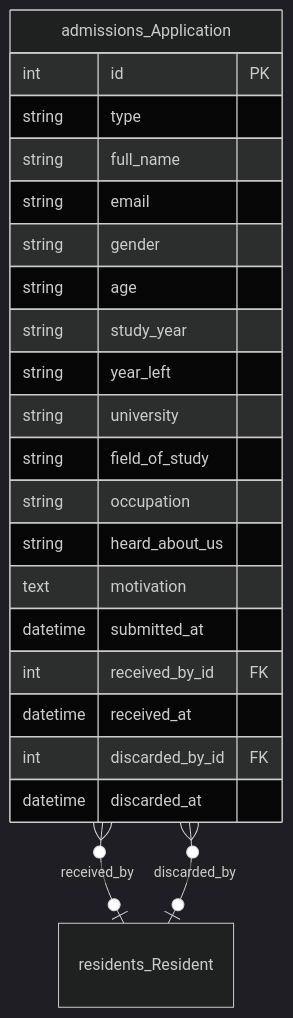
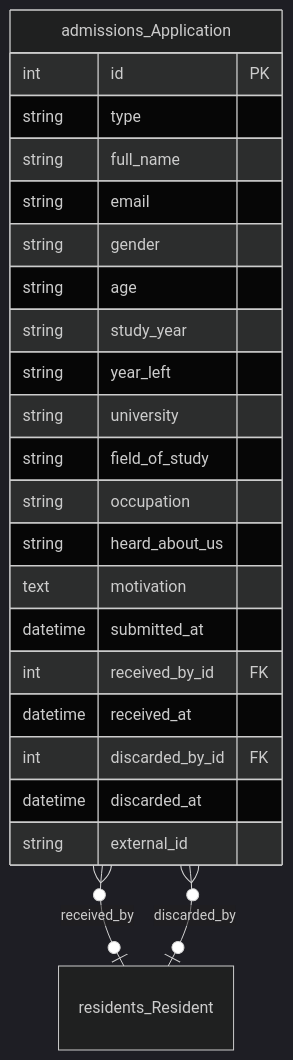
Before and after one commit to GAHK-org/gahk_intern: the second of 18 diagrams in docs/erd.md, drawn with Mermaid (dark theme). The commit also changed other lines of this file and 56 other files, not shown here.

````diff
--- a/docs/erd.md
+++ b/docs/erd.md
@@ -1043,28 +1107,29 @@
 ```mermaid
 erDiagram
     admissions_Application {
         int id PK
         string type
         string full_name
         string email
         string gender
         string age
         string study_year
         string year_left
         string university
         string field_of_study
         string occupation
         string heard_about_us
         text motivation
         datetime submitted_at
         int received_by_id FK
         datetime received_at
         int discarded_by_id FK
         datetime discarded_at
+        string external_id
     }
 
     residents_Resident { }
 
     admissions_Application }o--|o residents_Resident : "received_by"
     admissions_Application }o--|o residents_Resident : "discarded_by"
 ```
````
